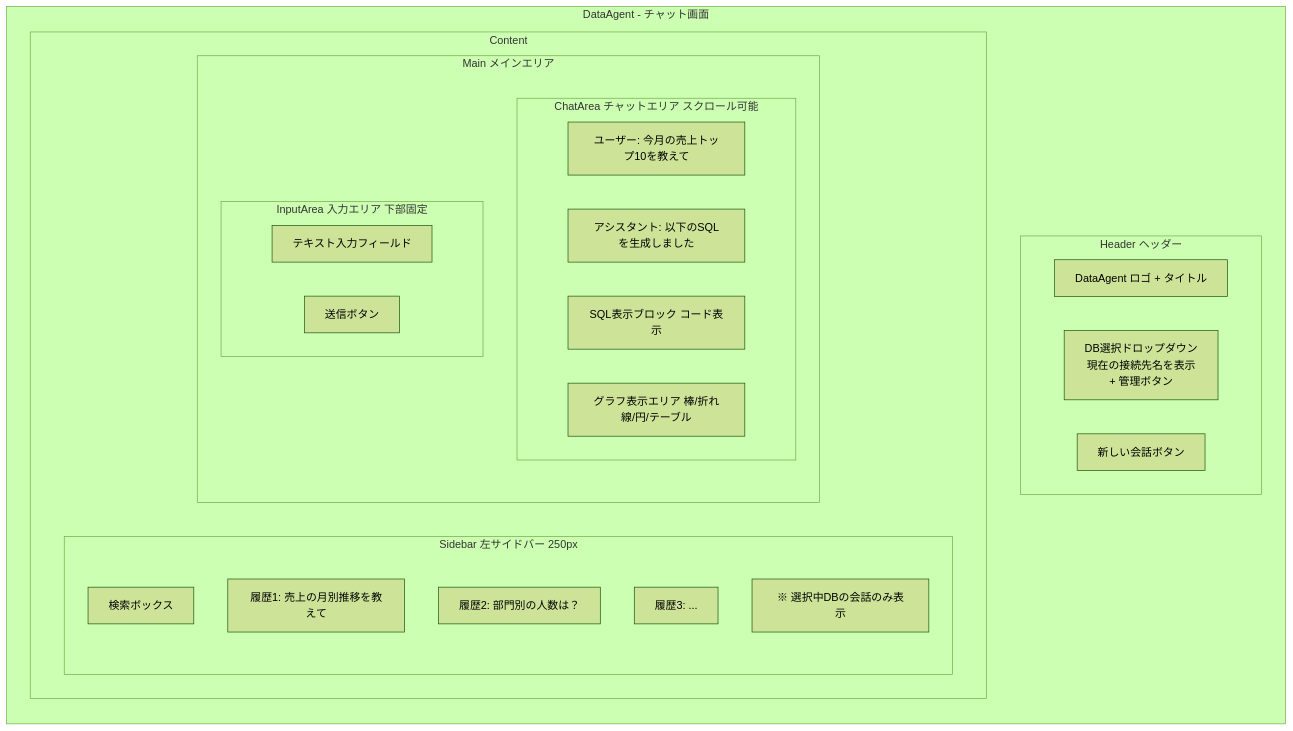
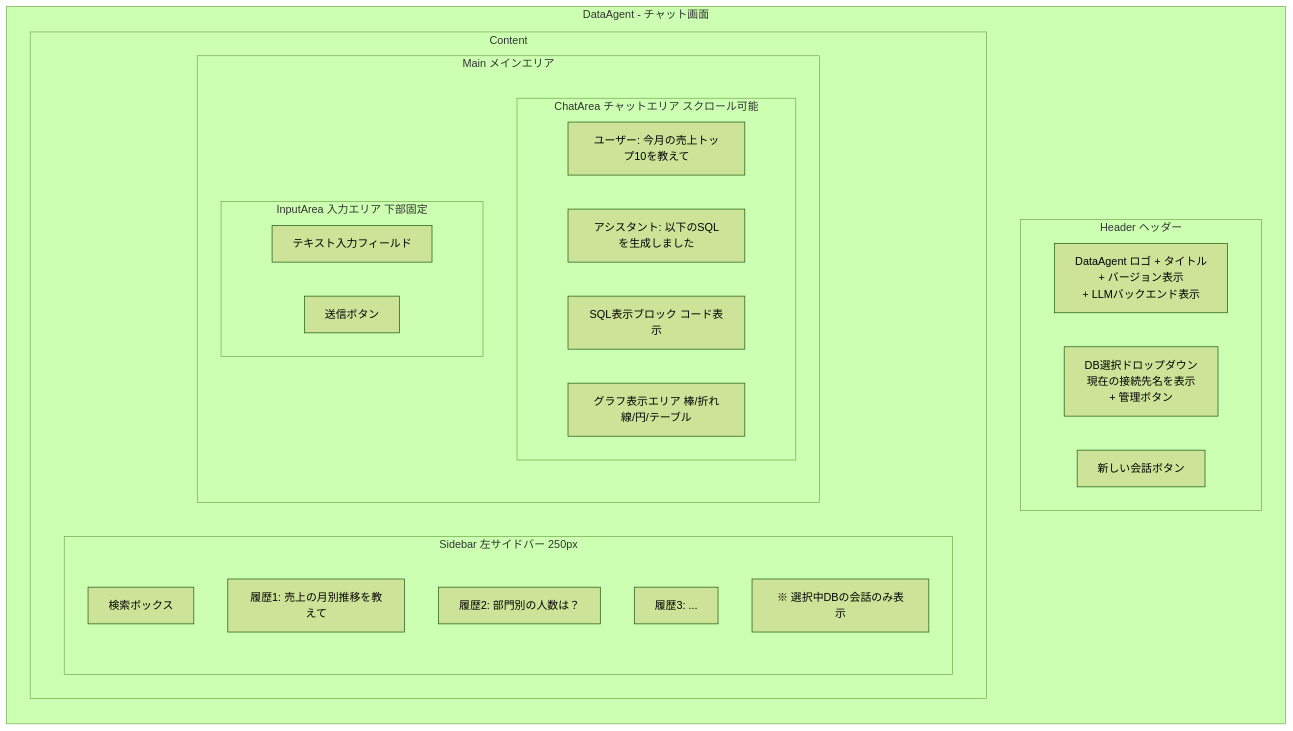
One commit to okegawaatclink/gaido-dataagent changed the second of 4 diagrams in ai_generated/requirements/screens.md. Above: the diagram before and after it, drawn with Mermaid (forest theme). The commit also changed other lines of this file and 4 other files, not shown here.

````diff
--- a/ai_generated/requirements/screens.md
+++ b/ai_generated/requirements/screens.md
@@ -31,41 +31,41 @@
 ```mermaid
 flowchart TB
     subgraph "DataAgent - チャット画面"
         direction TB
 
         subgraph "Header ヘッダー"
-            Logo["DataAgent ロゴ + タイトル"]
+            Logo["DataAgent ロゴ + タイトル<br>+ バージョン表示<br>+ LLMバックエンド表示"]
             DBSelect["DB選択ドロップダウン<br>現在の接続先名を表示<br>+ 管理ボタン"]
             NewChat["新しい会話ボタン"]
         end
 
         subgraph "Content"
             direction LR
 
             subgraph "Sidebar 左サイドバー 250px"
                 direction TB
                 SearchBox["検索ボックス"]
                 History1["履歴1: 売上の月別推移を教えて"]
                 History2["履歴2: 部門別の人数は？"]
                 History3["履歴3: ..."]
                 HistoryNote["※ 選択中DBの会話のみ表示"]
             end
 
             subgraph "Main メインエリア"
                 direction TB
 
                 subgraph "ChatArea チャットエリア スクロール可能"
                     UserMsg["ユーザー: 今月の売上トップ10を教えて"]
                     AssistantMsg["アシスタント: 以下のSQLを生成しました"]
                     SQLBlock["SQL表示ブロック コード表示"]
                     ChartArea["グラフ表示エリア 棒/折れ線/円/テーブル"]
                 end
 
                 subgraph "InputArea 入力エリア 下部固定"
                     TextInput["テキスト入力フィールド"]
                     SendBtn["送信ボタン"]
                 end
             end
         end
     end
 ```
````
